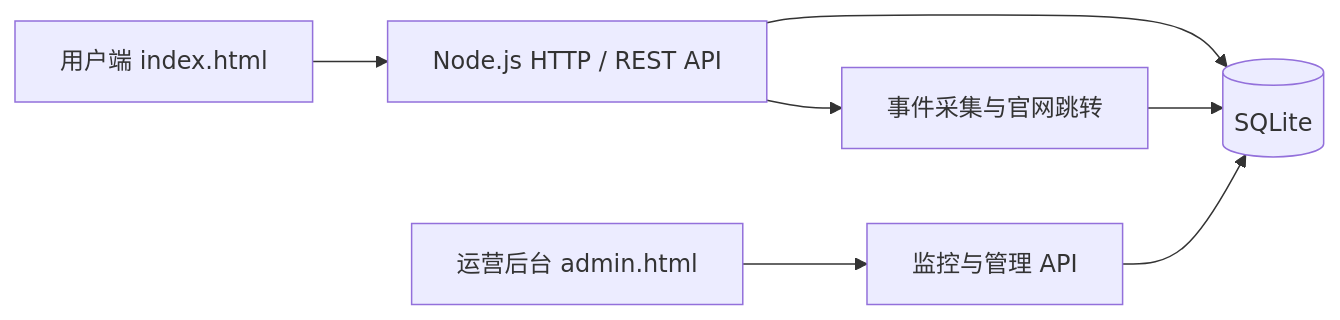
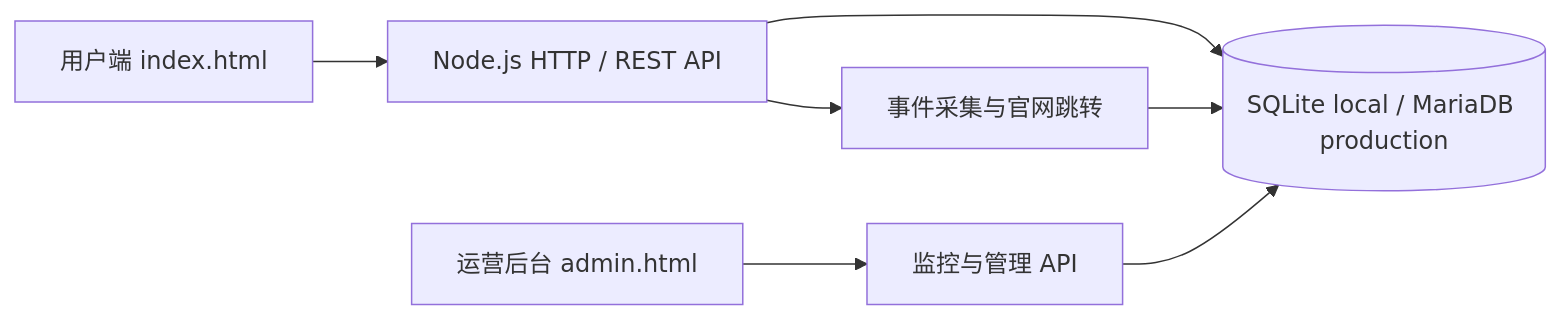
The diagram in README.md (halivineyul050-lab/-AI-), drawn with Mermaid before and after one commit. The commit also changed other lines of this file and 62 other files, not shown here.

````diff
--- a/README.md
+++ b/README.md
@@ -123,9 +113,9 @@
 ```mermaid
 flowchart LR
     U["用户端 index.html"] --> API["Node.js HTTP / REST API"]
     A["运营后台 admin.html"] --> ADMIN["监控与管理 API"]
-    API --> DB[("SQLite")]
+    API --> DB[("SQLite local / MariaDB production")]
     ADMIN --> DB
     API --> EVENT["事件采集与官网跳转"]
     EVENT --> DB
 ```
````
